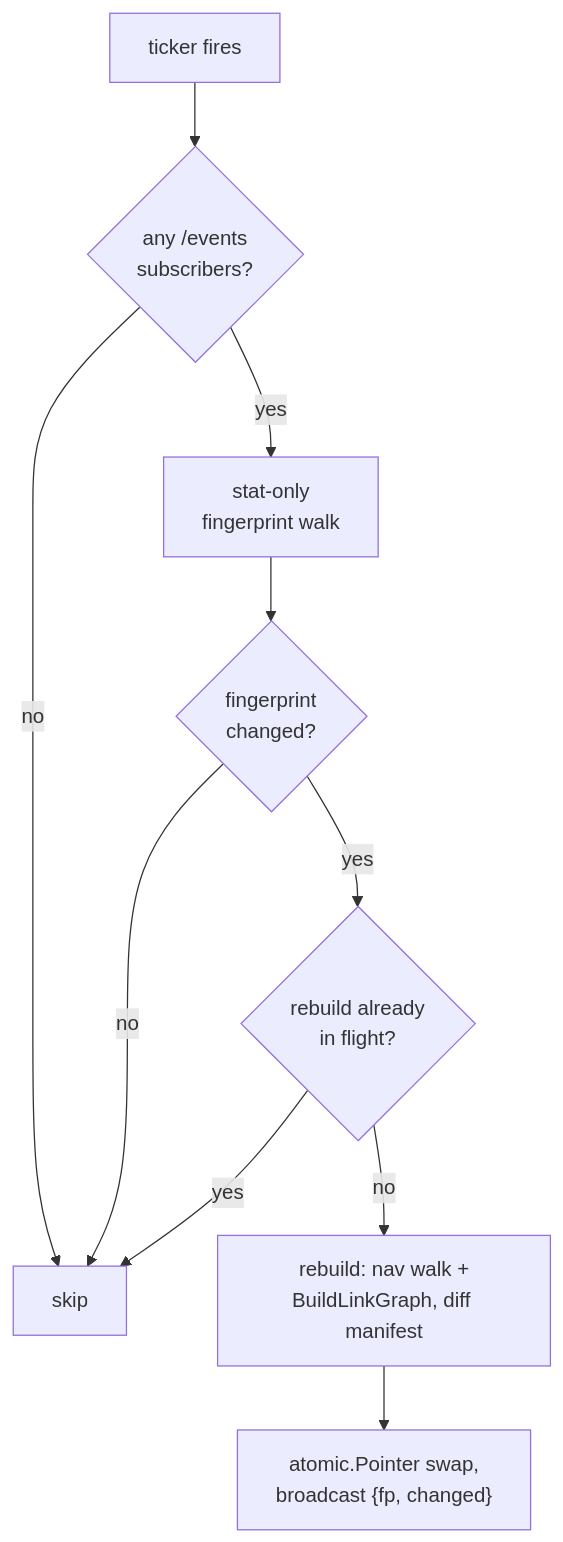
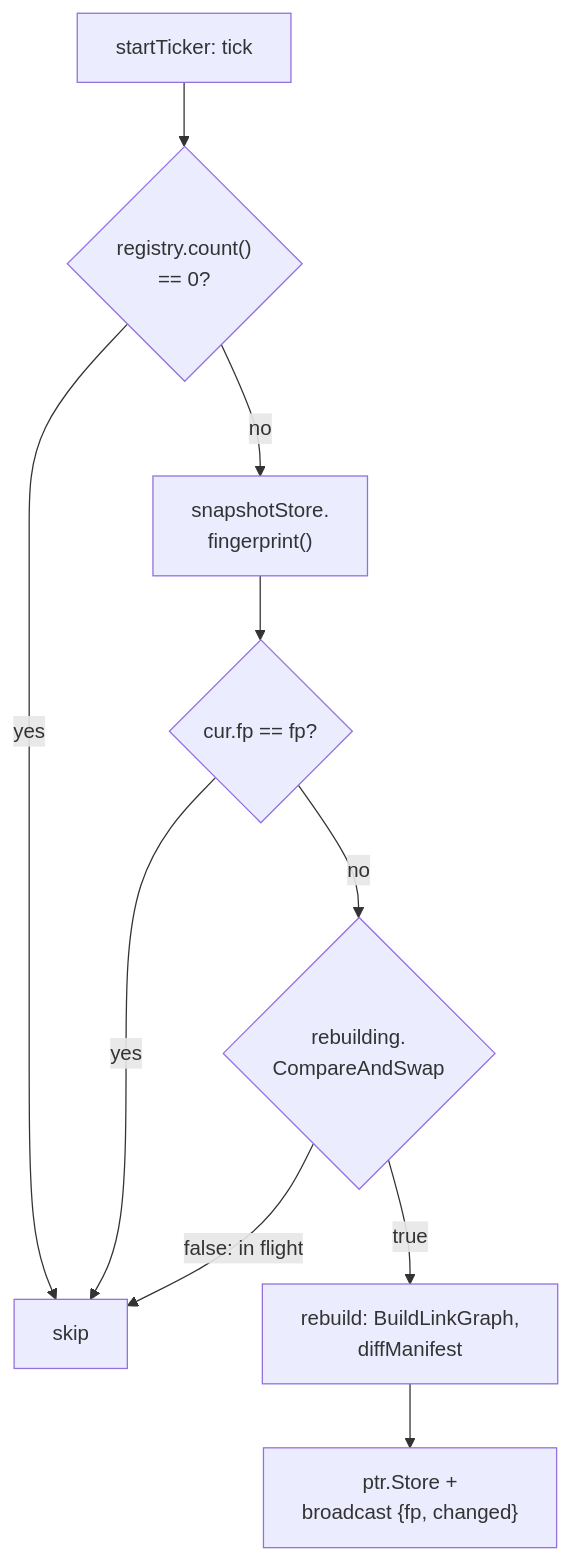
One commit to damusix/atomic-claude changed the ninth of 10 diagrams in docs/wiki/serve.md. Above: the diagram before and after it, drawn with Mermaid. The commit also changed other lines of this file and 19 other files, not shown here.

````diff
--- a/docs/wiki/serve.md
+++ b/docs/wiki/serve.md
@@ -174,12 +280,13 @@
 ```mermaid
 flowchart TD
-    T["ticker fires"] --> G1{"any /events<br/>subscribers?"}
-    G1 -->|no| SK["skip"]
-    G1 -->|yes| F["stat-only<br/>fingerprint walk"]
-    F --> G2{"fingerprint<br/>changed?"}
-    G2 -->|no| SK
-    G2 -->|yes| G3{"rebuild already<br/>in flight?"}
-    G3 -->|yes| SK
-    G3 -->|no| RB["rebuild: nav walk +<br/>BuildLinkGraph, diff manifest"]
-    RB --> SW["atomic.Pointer swap,<br/>broadcast {fp, changed}"]
+    %% source: atomic/internal/serve/events.go, snapshot.go
+    T["startTicker: tick"] --> G1{"registry.count()<br/>== 0?"}
+    G1 -->|yes| SK["skip"]
+    G1 -->|no| F["snapshotStore.<br/>fingerprint()"]
+    F --> G2{"cur.fp == fp?"}
+    G2 -->|yes| SK
+    G2 -->|no| G3{"rebuilding.<br/>CompareAndSwap"}
+    G3 -->|"false: in flight"| SK
+    G3 -->|true| RB["rebuild: BuildLinkGraph,<br/>diffManifest"]
+    RB --> SW["ptr.Store +<br/>broadcast {fp, changed}"]
 ```
````
